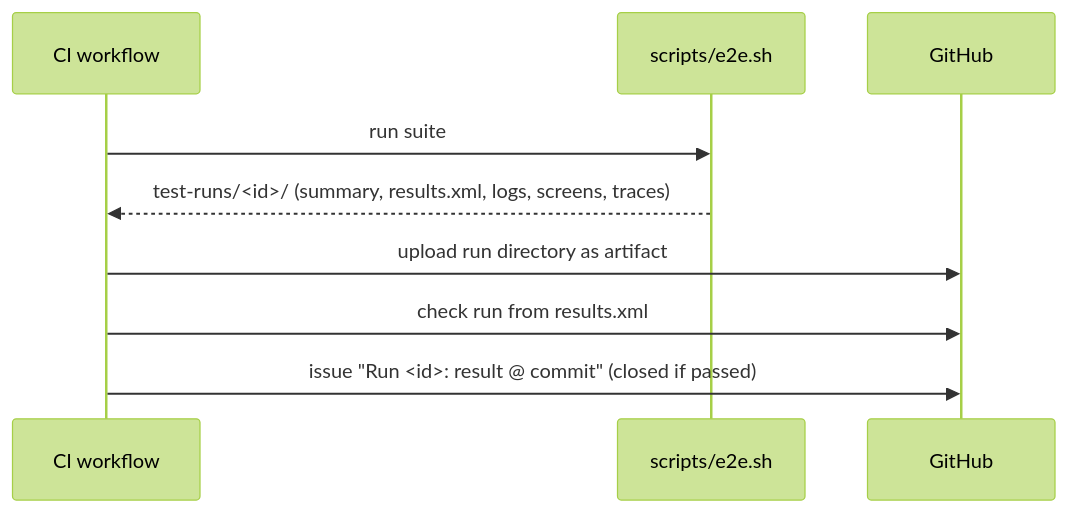
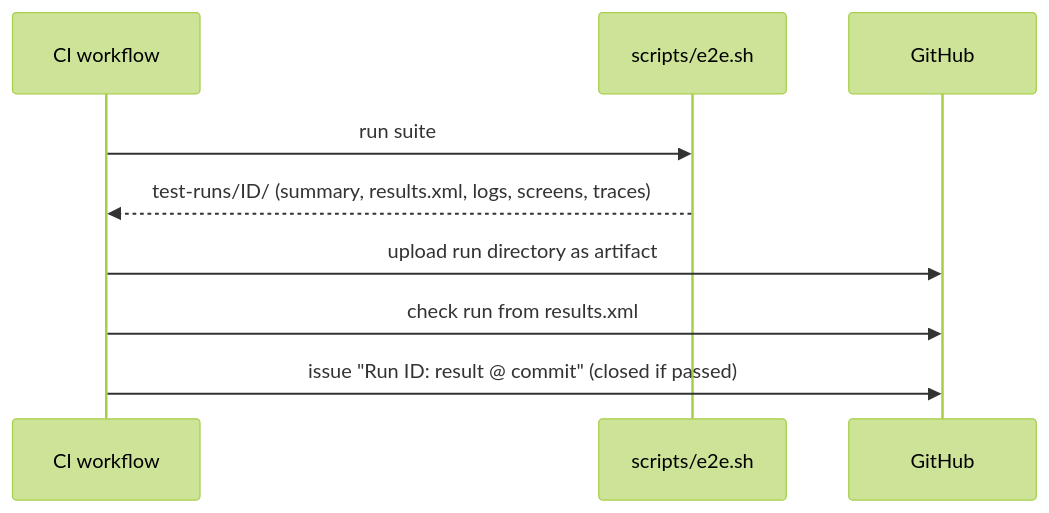
The second of 2 diagrams in docs/testing.md (notmarkopadjen/muxway), drawn with Mermaid (forest theme) before and after one commit. The commit also changed 13 other files, not shown here.

First line of the commit message:
Docs: Mermaid blocks render on GitHub again

````diff
--- a/docs/testing.md
+++ b/docs/testing.md
@@ -75,11 +75,11 @@
 ```mermaid
 sequenceDiagram
     participant CI as CI workflow
     participant E as scripts/e2e.sh
     participant GH as GitHub
     CI->>E: run suite
-    E-->>CI: test-runs/<id>/ (summary, results.xml, logs, screens, traces)
+    E-->>CI: test-runs/ID/ (summary, results.xml, logs, screens, traces)
     CI->>GH: upload run directory as artifact
     CI->>GH: check run from results.xml
-    CI->>GH: issue "Run <id>: result @ commit" (closed if passed)
+    CI->>GH: issue "Run ID: result @ commit" (closed if passed)
 ```
````
